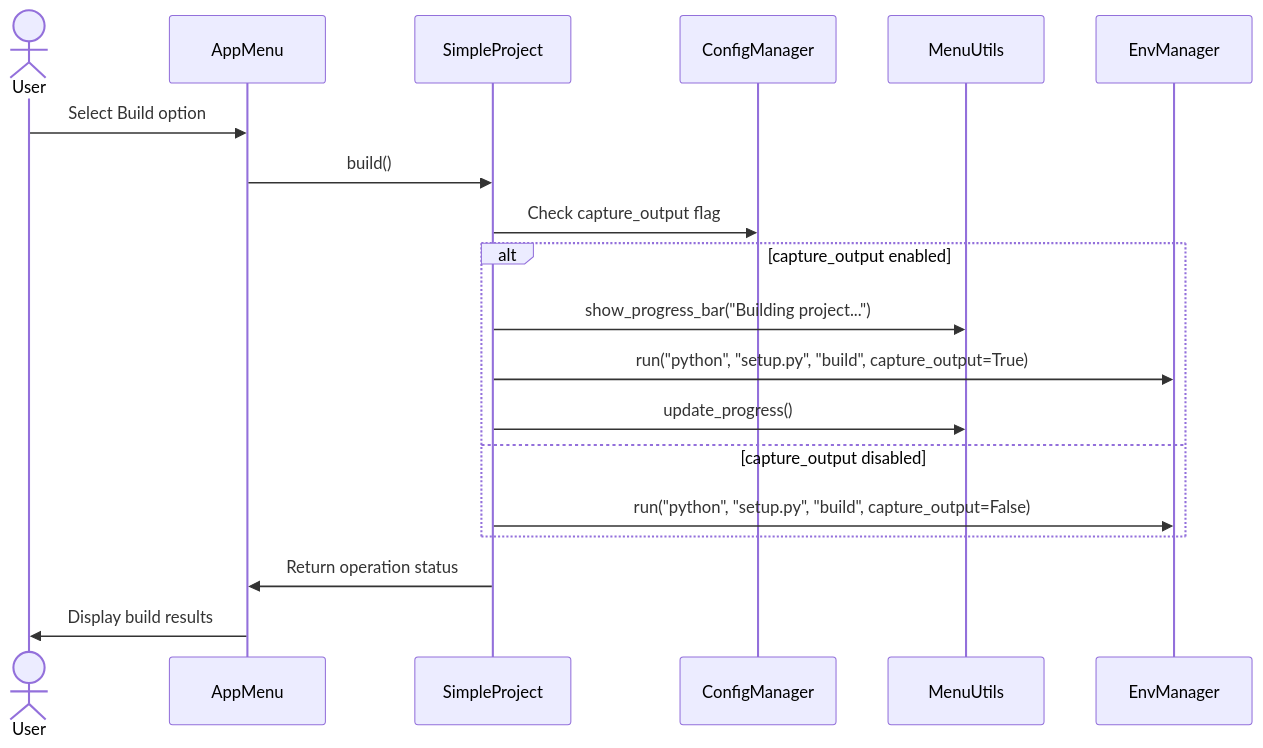
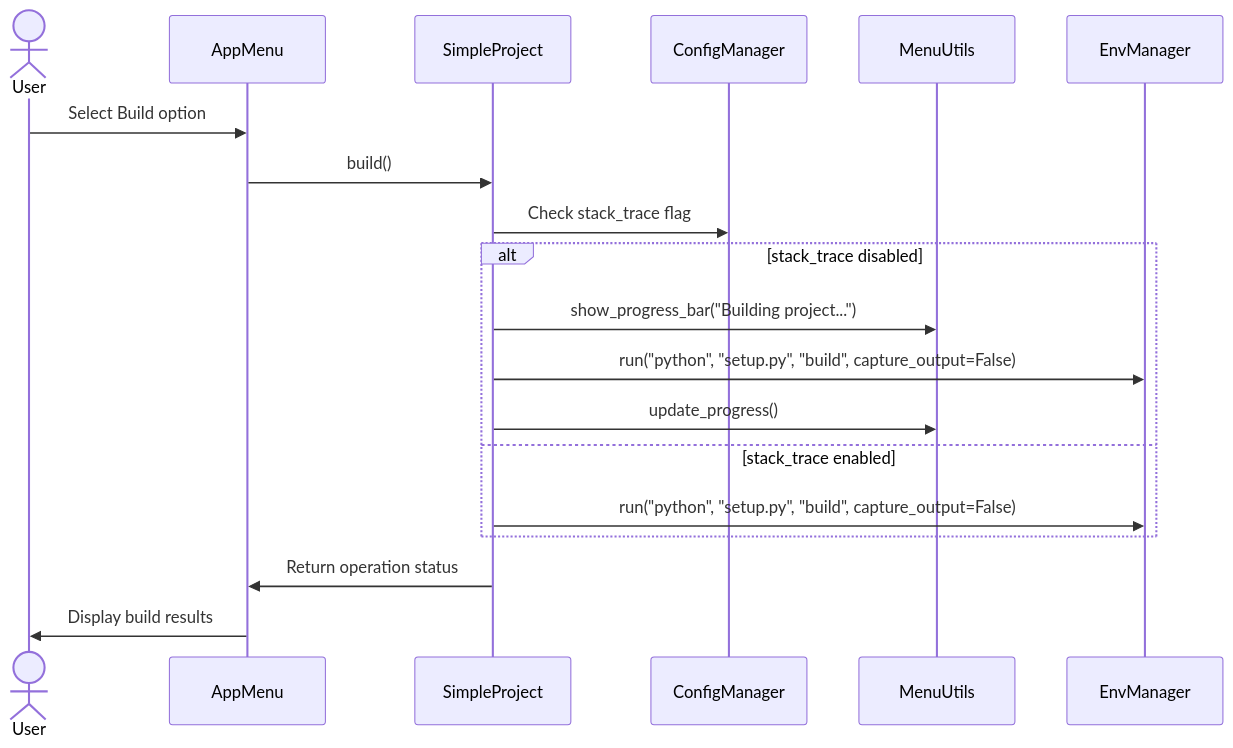
One commit to r4d4m4n71s/cicd_tools changed the ninth of 10 diagrams in doc/cicd_tools_architecture_plan.md. Above: the diagram before and after it, drawn with Mermaid. The commit also changed other lines of this file and 46 other files, not shown here.

````diff
--- a/doc/cicd_tools_architecture_plan.md
+++ b/doc/cicd_tools_architecture_plan.md
@@ -444,16 +444,16 @@
 ```mermaid
 sequenceDiagram
     actor User
     User->>AppMenu: Select Build option
     AppMenu->>SimpleProject: build()
-    SimpleProject->>ConfigManager: Check capture_output flag
-    alt capture_output enabled
+    SimpleProject->>ConfigManager: Check stack_trace flag
+    alt stack_trace disabled
         SimpleProject->>MenuUtils: show_progress_bar("Building project...")
-        SimpleProject->>EnvManager: run("python", "setup.py", "build", capture_output=True)
+        SimpleProject->>EnvManager: run("python", "setup.py", "build", capture_output=False)
         SimpleProject->>MenuUtils: update_progress()
-    else capture_output disabled
+    else stack_trace enabled
         SimpleProject->>EnvManager: run("python", "setup.py", "build", capture_output=False)
     end
     SimpleProject->>AppMenu: Return operation status
     AppMenu->>User: Display build results
 ```
````
